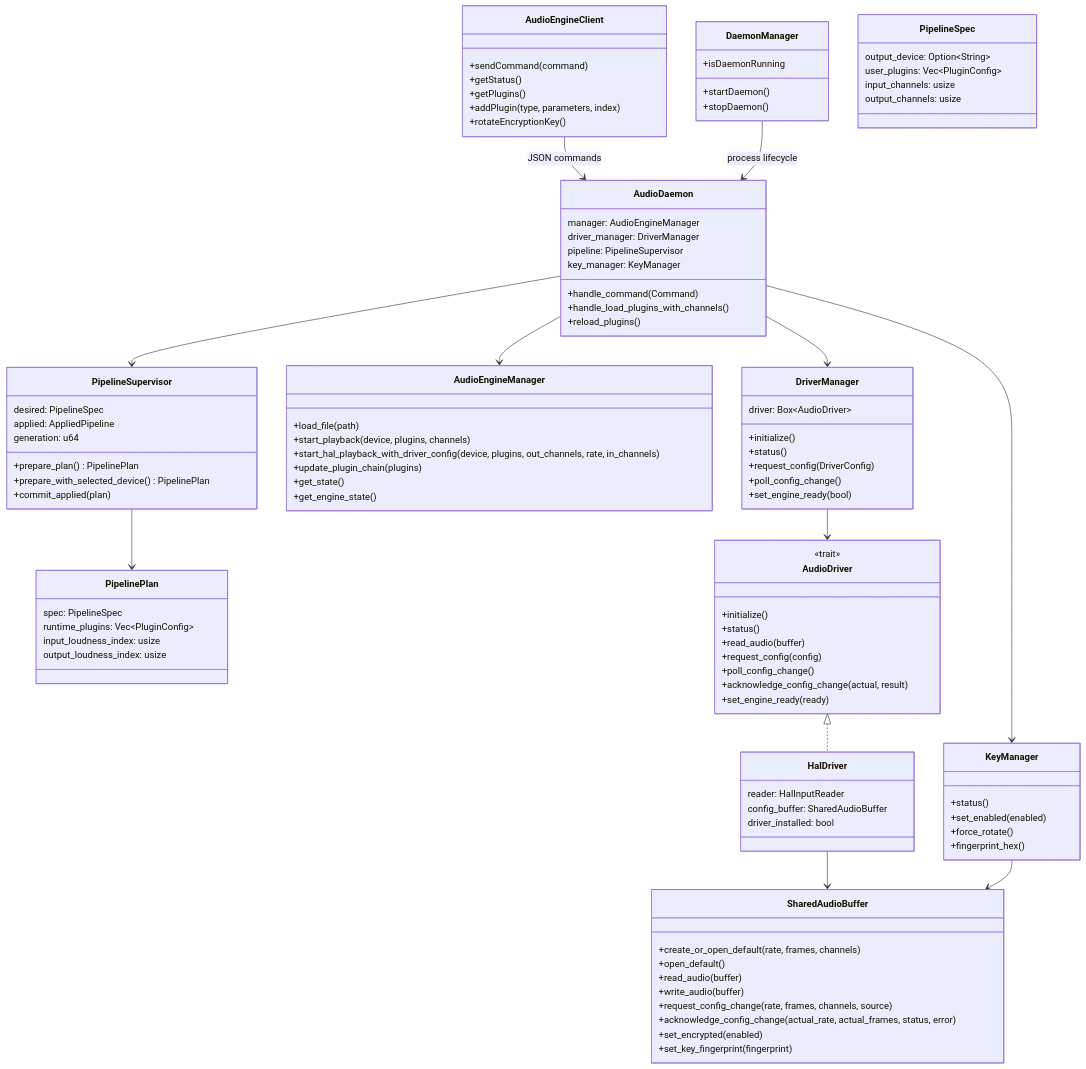
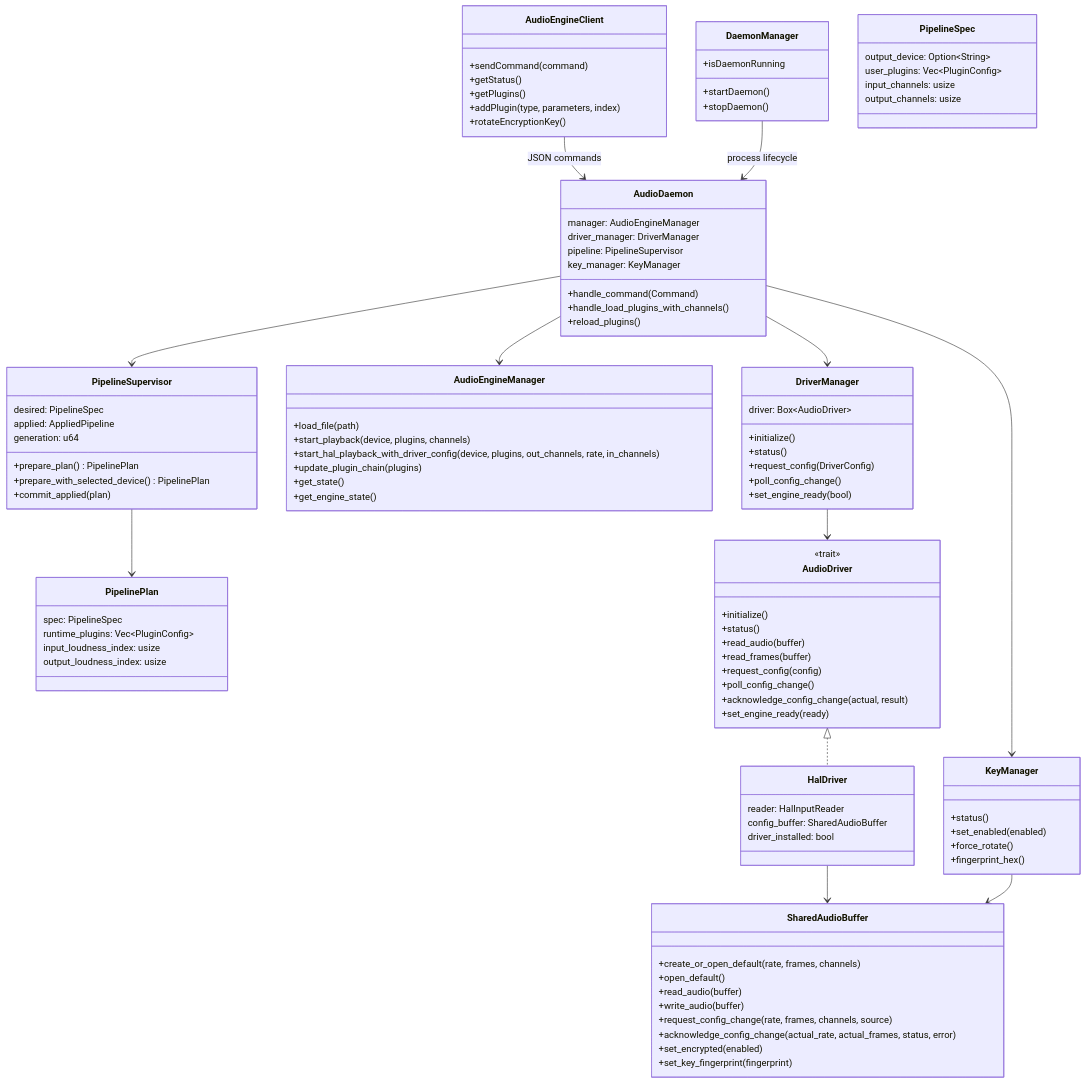
One commit to pierreaubert/sotf changed the second of 13 diagrams in crates/systemwide/ARCHITECTURE.md. Above: the diagram before and after it, drawn with Mermaid. The commit also changed other lines of this file and 9 other files, not shown here.

```diff
--- a/crates/systemwide/ARCHITECTURE.md
+++ b/crates/systemwide/ARCHITECTURE.md
@@ -139,6 +139,7 @@
         +initialize()
         +status()
         +read_audio(buffer)
+        +read_frames(buffer)
         +request_config(config)
         +poll_config_change()
         +acknowledge_config_change(actual, result)
```
